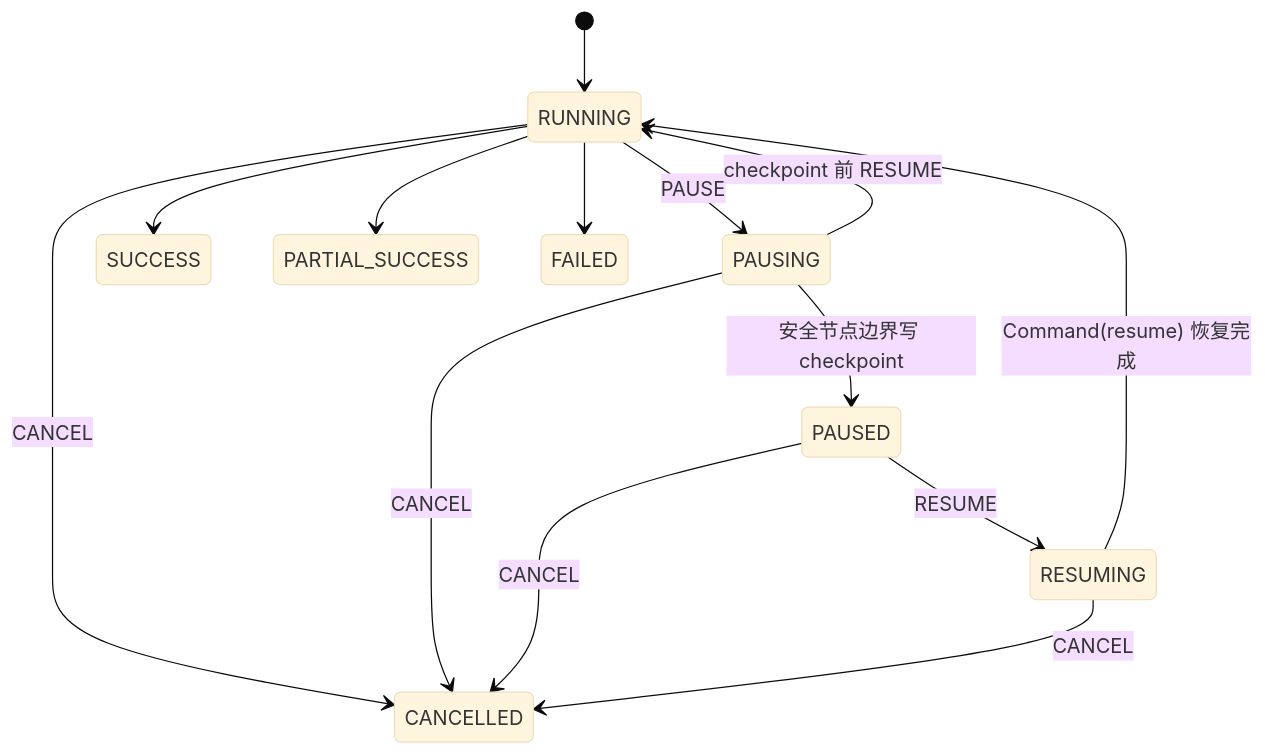
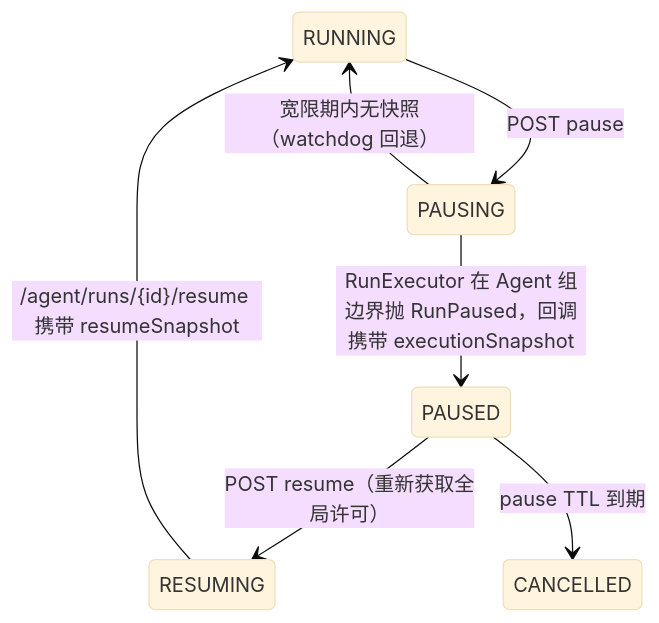
One commit to iTomGeller/ResumAI-Agent changed the diagram in docs/AGENT_RUNTIME.md. Above: the diagram before and after it, drawn with Mermaid (base theme). The commit also changed other lines of this file and 3 other files, not shown here.

Commit message:
docs: unified agent runtime architecture, honest benchmark claims and ci gates

````diff
--- a/docs/AGENT_RUNTIME.md
+++ b/docs/AGENT_RUNTIME.md
@@ -39,16 +33,9 @@
 ```mermaid
 stateDiagram-v2
-    [*] --> RUNNING
-    RUNNING --> PAUSING: PAUSE
-    PAUSING --> PAUSED: 安全节点边界写 checkpoint
-    PAUSING --> RUNNING: checkpoint 前 RESUME
-    PAUSED --> RESUMING: RESUME
-    RESUMING --> RUNNING: Command(resume) 恢复完成
-    RUNNING --> CANCELLED: CANCEL
-    PAUSING --> CANCELLED: CANCEL
-    PAUSED --> CANCELLED: CANCEL
-    RESUMING --> CANCELLED: CANCEL
-    RUNNING --> SUCCESS
-    RUNNING --> PARTIAL_SUCCESS
-    RUNNING --> FAILED
+    RUNNING --> PAUSING: POST pause
+    PAUSING --> PAUSED: RunExecutor 在 Agent 组边界抛 RunPaused，回调携带 executionSnapshot
+    PAUSING --> RUNNING: 宽限期内无快照（watchdog 回退）
+    PAUSED --> RESUMING: POST resume（重新获取全局许可）
+    RESUMING --> RUNNING: /agent/runs/{id}/resume 携带 resumeSnapshot
+    PAUSED --> CANCELLED: pause TTL 到期
 ```
````
